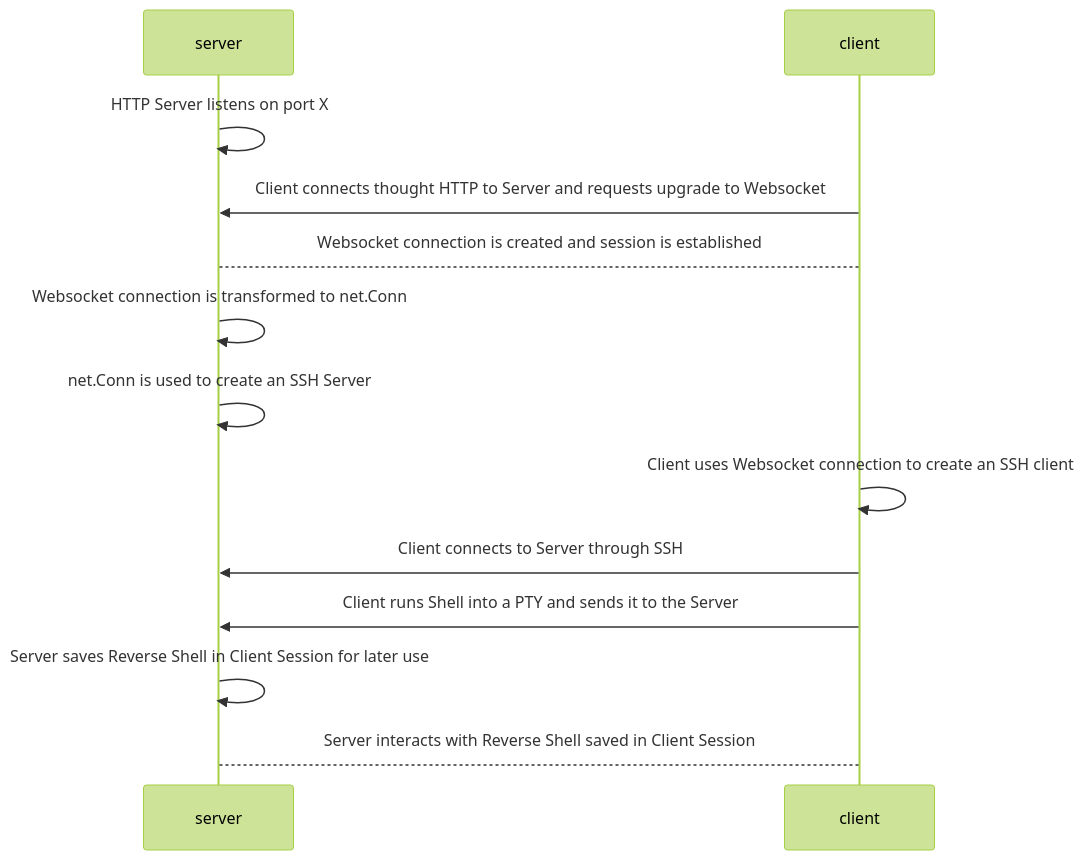
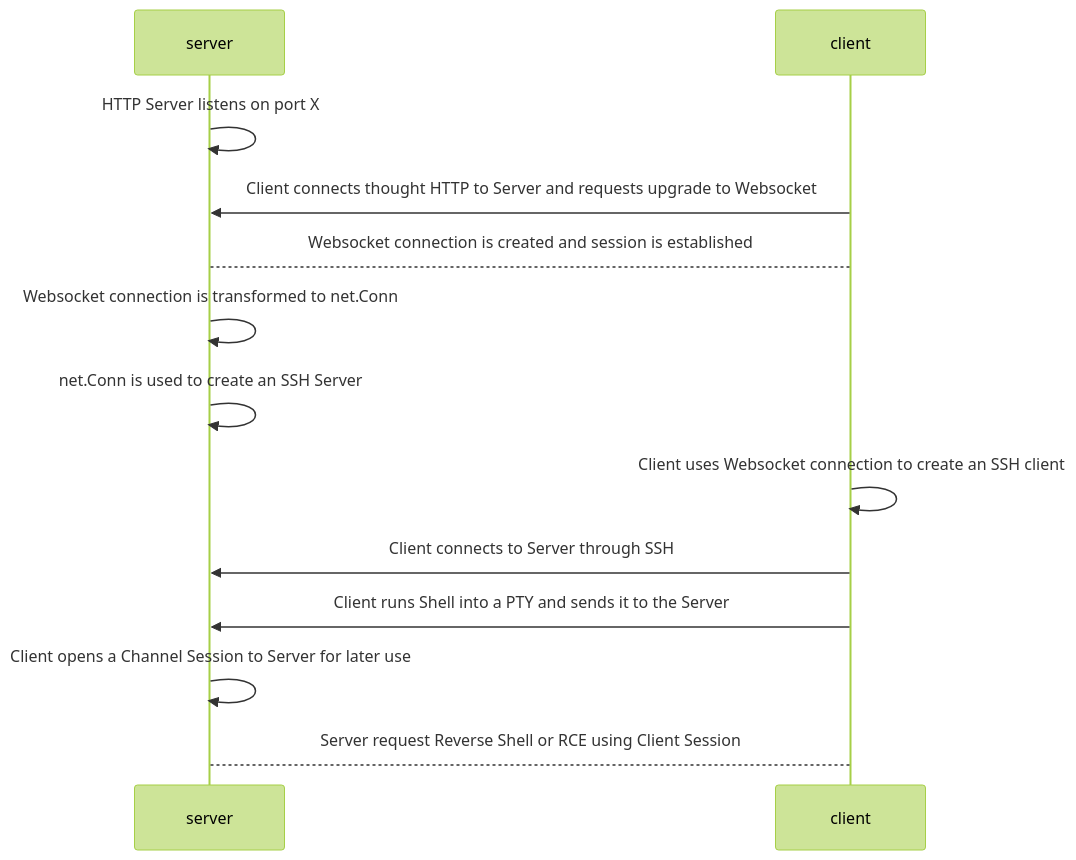
The diagram in README.md (rurreac/slider), drawn with Mermaid (forest theme) before and after one commit. The commit also changed other lines of this file, not shown here.

Commit message:
doc: feat update

````diff
--- a/README.md
+++ b/README.md
@@ -15,15 +15,15 @@
 ```mermaid
 sequenceDiagram
     participant server
     participant client
     server ->> server: HTTP Server listens on port X 
     client ->> server: Client connects thought HTTP to Server and requests upgrade to Websocket
     client --> server: Websocket connection is created and session is established
     server ->> server: Websocket connection is transformed to net.Conn
     server ->> server: net.Conn is used to create an SSH Server
     client ->> client: Client uses Websocket connection to create an SSH client
     client ->> server: Client connects to Server through SSH
     client ->> server: Client runs Shell into a PTY and sends it to the Server
-    server ->> server: Server saves Reverse Shell in Client Session for later use
-    server --> client: Server interacts with Reverse Shell saved in Client Session
+    server ->> server: Client opens a Channel Session to Server for later use
+    server --> client: Server request Reverse Shell or RCE using Client Session
 ```
````
